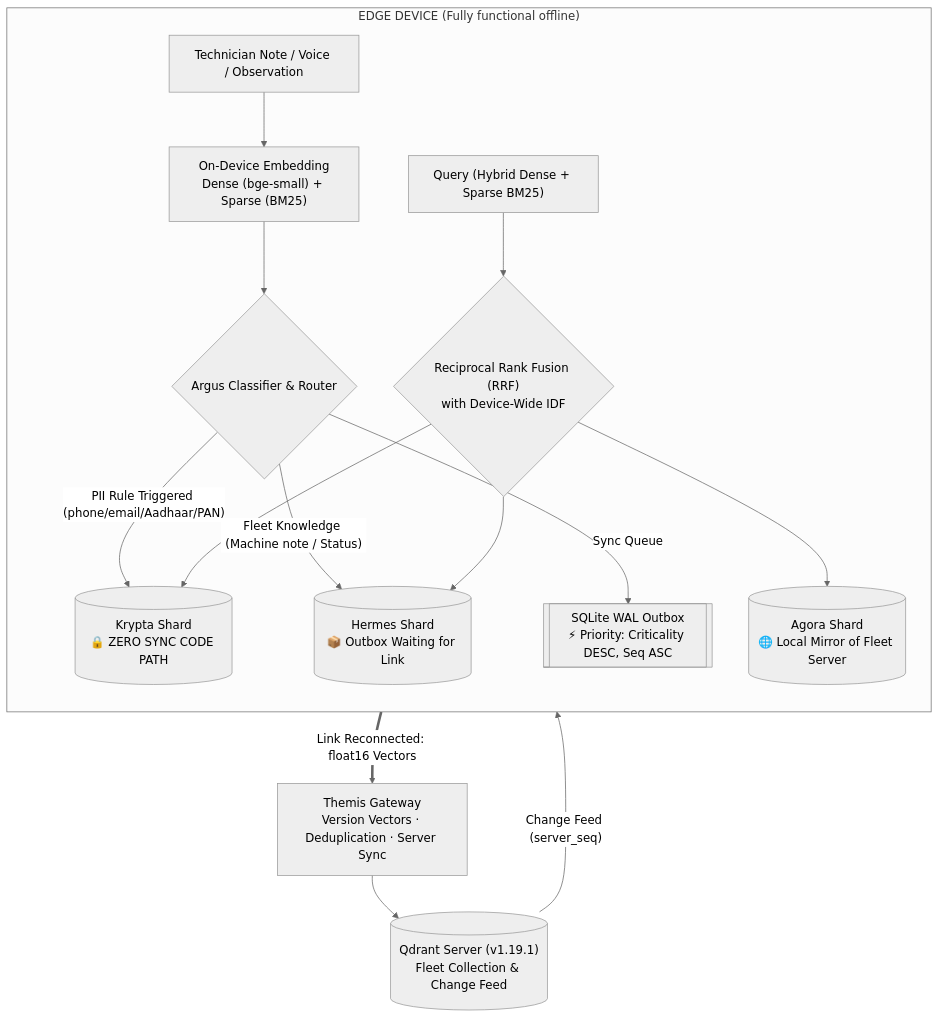
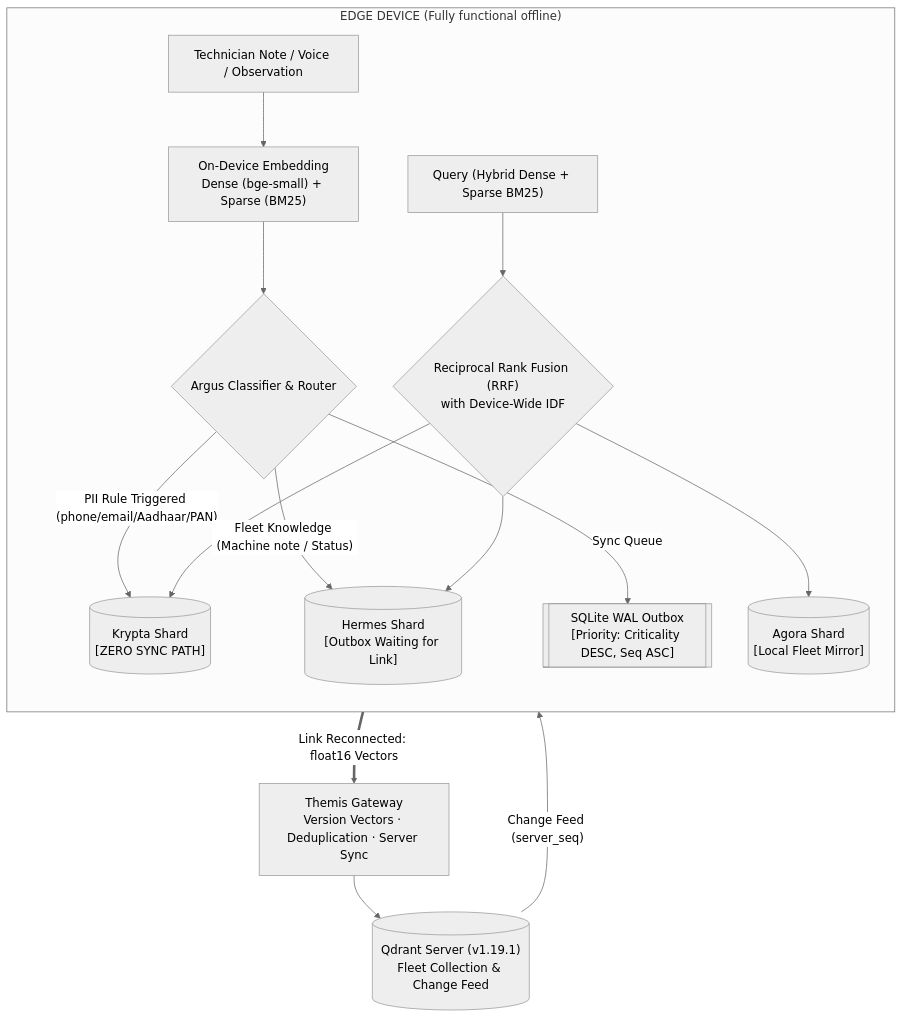
Before and after one commit to SanTiwari07/Smaran: the diagram in README.md, drawn with Mermaid (neutral theme). The commit also changed other lines of this file and 19 other files, not shown here.

````diff
--- a/README.md
+++ b/README.md
@@ -56,21 +56,21 @@
 ```mermaid
 flowchart TD
   subgraph EDGE["EDGE DEVICE (Fully functional offline)"]
     direction TB
     U["Technician Note / Voice / Observation"] --> E["On-Device Embedding<br/>Dense (bge-small) + Sparse (BM25)"]
     E --> A{"Argus Classifier & Router"}
     
-    A -- "PII Rule Triggered (phone/email/Aadhaar/PAN)" --> K[("Krypta Shard<br/>🔒 ZERO SYNC CODE PATH")]
-    A -- "Fleet Knowledge (Machine note / Status)" --> H[("Hermes Shard<br/>📦 Outbox Waiting for Link")]
-    A -- "Sync Queue" --> O[["SQLite WAL Outbox<br/>⚡ Priority: Criticality DESC, Seq ASC"]]
+    A -- "PII Rule Triggered (phone/email/Aadhaar/PAN)" --> K[("Krypta Shard<br/>[ZERO SYNC PATH]")]
+    A -- "Fleet Knowledge (Machine note / Status)" --> H[("Hermes Shard<br/>[Outbox Waiting for Link]")]
+    A -- "Sync Queue" --> O[["SQLite WAL Outbox<br/>[Priority: Criticality DESC, Seq ASC]"]]
     
-    M[("Agora Shard<br/>🌐 Local Mirror of Fleet Server")]
+    M[("Agora Shard<br/>[Local Fleet Mirror]")]
     
     Q["Query (Hybrid Dense + Sparse BM25)"] --> F{"Reciprocal Rank Fusion (RRF)<br/>with Device-Wide IDF"}
     F --> K & H & M
   end
 
   O == "Link Reconnected: float16 Vectors" ==> GW["Themis Gateway<br/>Version Vectors · Deduplication · Server Sync"]
   GW --> S[("Qdrant Server (v1.19.1)<br/>Fleet Collection & Change Feed")]
   S -- "Change Feed (server_seq)" --> M
 ```
````
